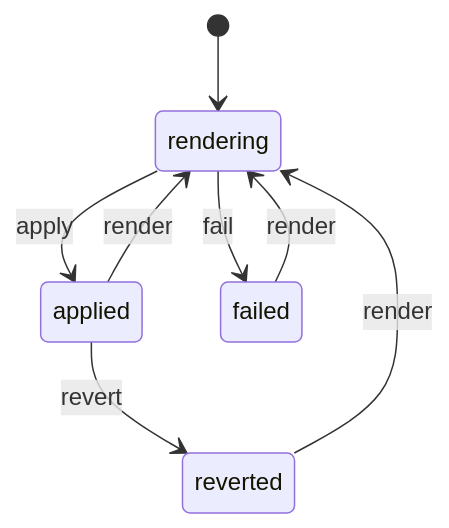
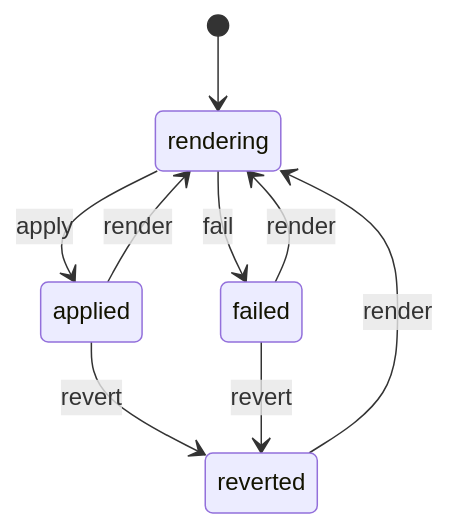
One commit to szebest/taitube-platform changed diagram 11 of 13 in docs/state-machines.md. Above: the diagram before and after it, drawn with Mermaid. The commit also changed other lines of this file and 36 other files, not shown here.

````diff
--- a/docs/state-machines.md
+++ b/docs/state-machines.md
@@ -305,10 +305,11 @@
 ```mermaid
 stateDiagram-v2
   [*] --> rendering
   applied --> rendering: render
   failed --> rendering: render
   reverted --> rendering: render
   rendering --> applied: apply
   rendering --> failed: fail
   applied --> reverted: revert
+  failed --> reverted: revert
 ```
````
